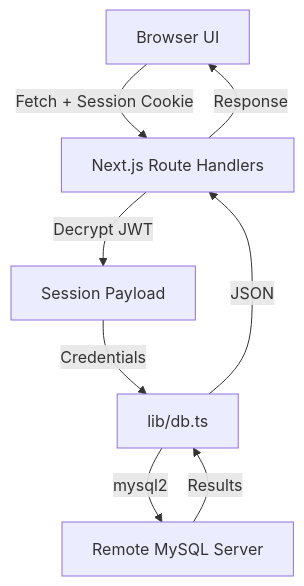
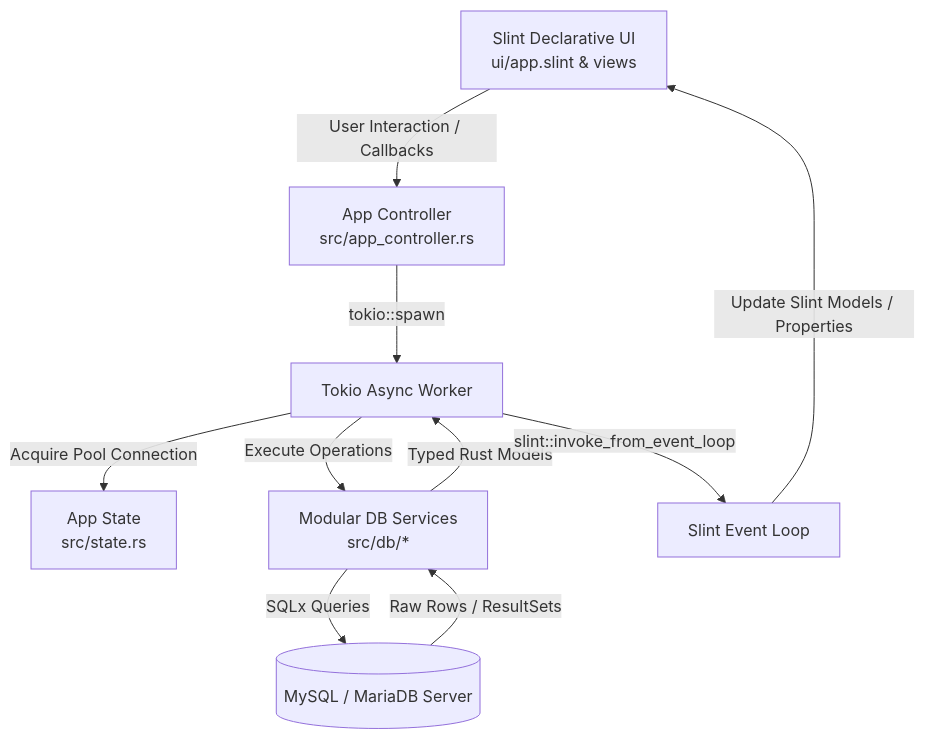
One commit to okcoe21/MYSQL-GUI changed the diagram in .planning/codebase/ARCHITECTURE.md. Above: the diagram before and after it, drawn with Mermaid. The commit also changed other lines of this file and 8 other files, not shown here.

````diff
--- a/.planning/codebase/ARCHITECTURE.md
+++ b/.planning/codebase/ARCHITECTURE.md
@@ -52,10 +66,12 @@
 ```mermaid
-graph TD
-    Client[Browser UI] -->|Fetch + Session Cookie| API[Next.js Route Handlers]
-    API -->|Decrypt JWT| Session[Session Payload]
-    Session -->|Credentials| DB_Access[lib/db.ts]
-    DB_Access -->|mysql2| MySQL[Remote MySQL Server]
-    MySQL -->|Results| DB_Access
-    DB_Access -->|JSON| API
-    API -->|Response| Client
+flowchart TD
+    UI[Slint Declarative UI<br/>ui/app.slint & views] -->|User Interaction / Callbacks| Ctrl[App Controller<br/>src/app_controller.rs]
+    Ctrl -->|tokio::spawn| Async[Tokio Async Worker]
+    Async -->|Acquire Pool Connection| State[App State<br/>src/state.rs]
+    Async -->|Execute Operations| DB[Modular DB Services<br/>src/db/*]
+    DB -->|SQLx Queries| MySQL[(MySQL / MariaDB Server)]
+    MySQL -->|Raw Rows / ResultSets| DB
+    DB -->|Typed Rust Models| Async
+    Async -->|slint::invoke_from_event_loop| UI_Thread[Slint Event Loop]
+    UI_Thread -->|Update Slint Models / Properties| UI
 ```
````
